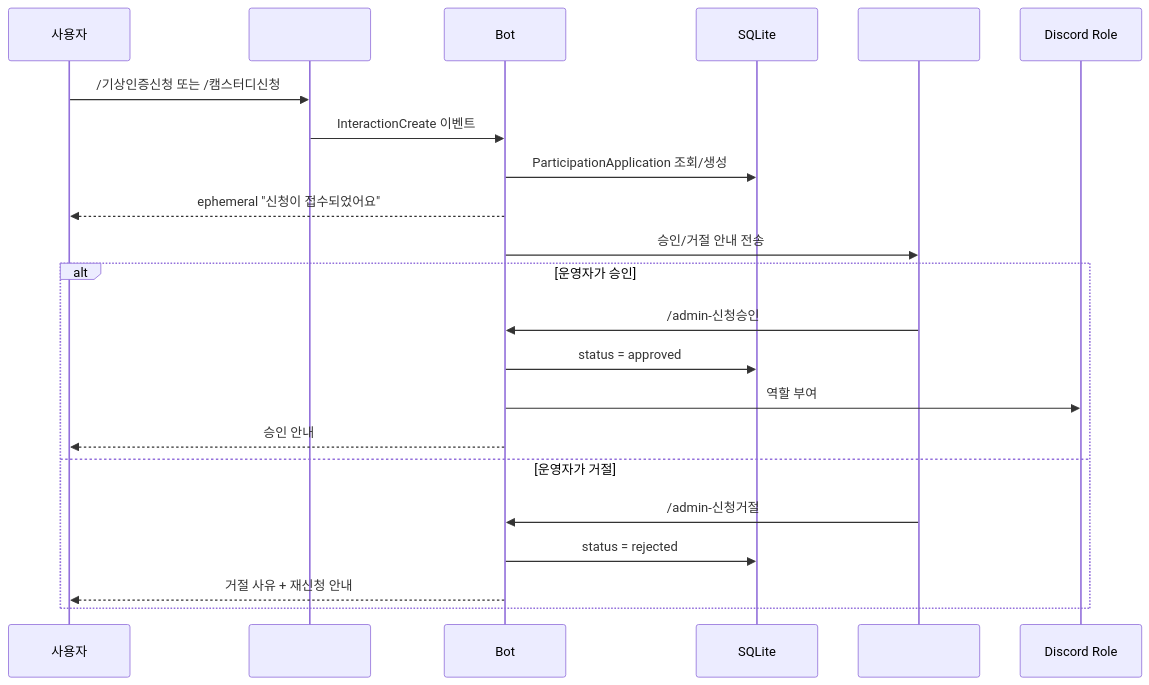
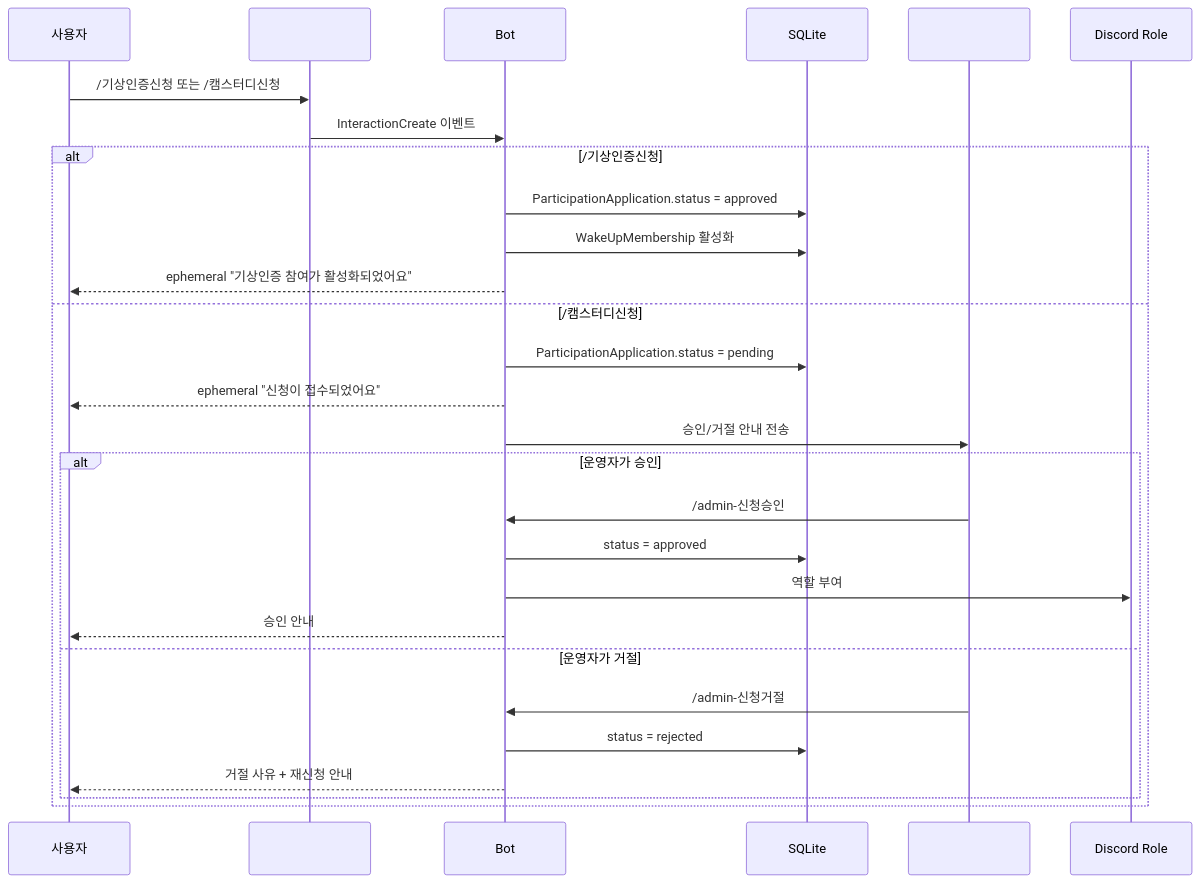
The second of 17 diagrams in docs/USER_STORIES.md (honki12345/haruharu-discord-bot), drawn with Mermaid before and after one commit. The commit also changed other lines of this file and 18 other files, not shown here.

````diff
--- a/docs/USER_STORIES.md
+++ b/docs/USER_STORIES.md
@@ -53,26 +55,32 @@
 ```mermaid
 sequenceDiagram
     participant U as 사용자
     participant A as #apply
     participant B as Bot
     participant DB as SQLite
     participant O as #ops
     participant D as Discord Role
 
     U->>A: /기상인증신청 또는 /캠스터디신청
     A->>B: InteractionCreate 이벤트
-    B->>DB: ParticipationApplication 조회/생성
-    B-->>U: ephemeral "신청이 접수되었어요"
-    B->>O: 승인/거절 안내 전송
+    alt /기상인증신청
+        B->>DB: ParticipationApplication.status = approved
+        B->>DB: WakeUpMembership 활성화
+        B-->>U: ephemeral "기상인증 참여가 활성화되었어요"
+    else /캠스터디신청
+        B->>DB: ParticipationApplication.status = pending
+        B-->>U: ephemeral "신청이 접수되었어요"
+        B->>O: 승인/거절 안내 전송
 
-    alt 운영자가 승인
-        O->>B: /admin-신청승인
-        B->>DB: status = approved
-        B->>D: 역할 부여
-        B-->>U: 승인 안내
-    else 운영자가 거절
-        O->>B: /admin-신청거절
-        B->>DB: status = rejected
-        B-->>U: 거절 사유 + 재신청 안내
+        alt 운영자가 승인
+            O->>B: /admin-신청승인
+            B->>DB: status = approved
+            B->>D: 역할 부여
+            B-->>U: 승인 안내
+        else 운영자가 거절
+            O->>B: /admin-신청거절
+            B->>DB: status = rejected
+            B-->>U: 거절 사유 + 재신청 안내
+        end
     end
 ```
````
